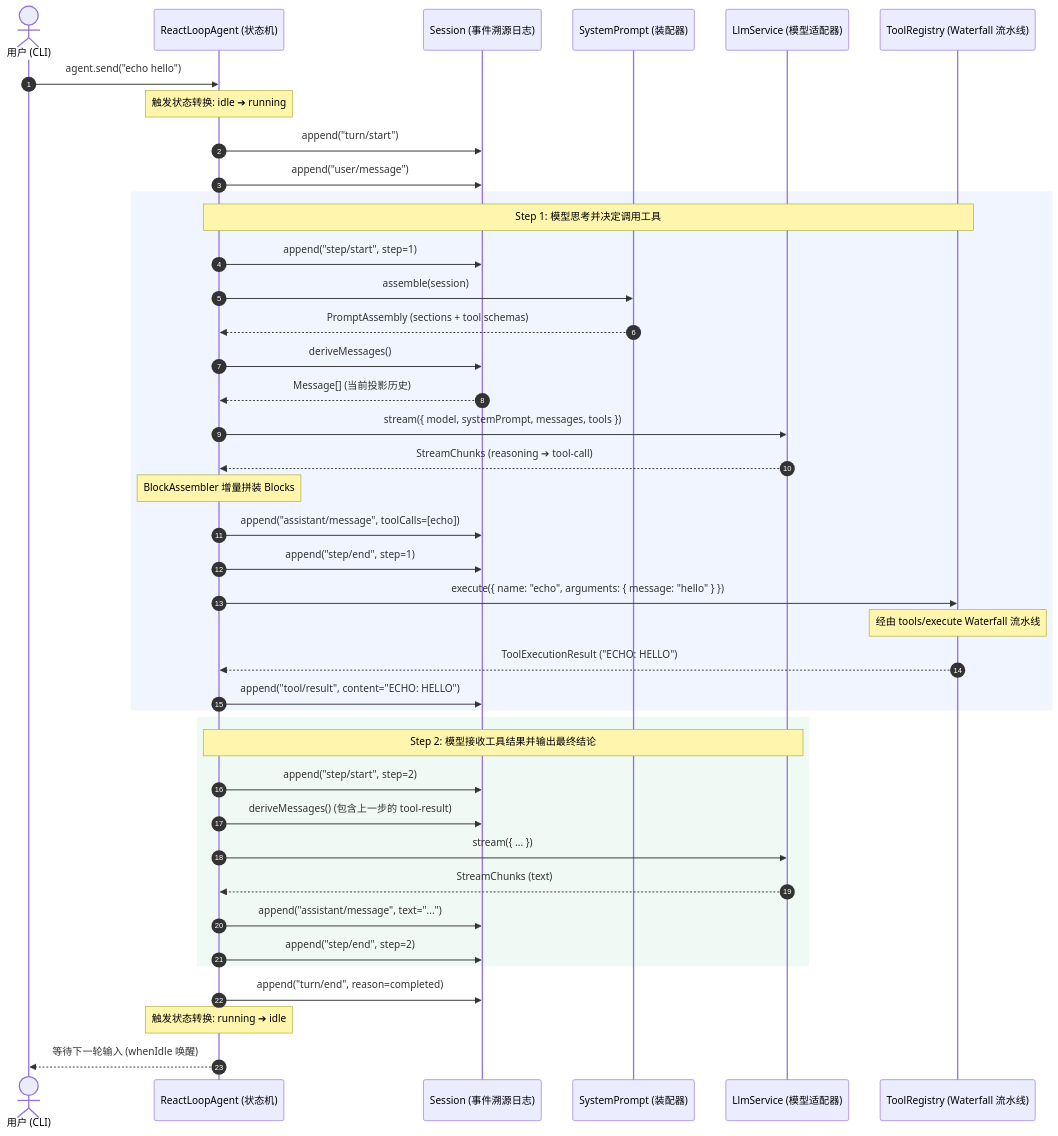
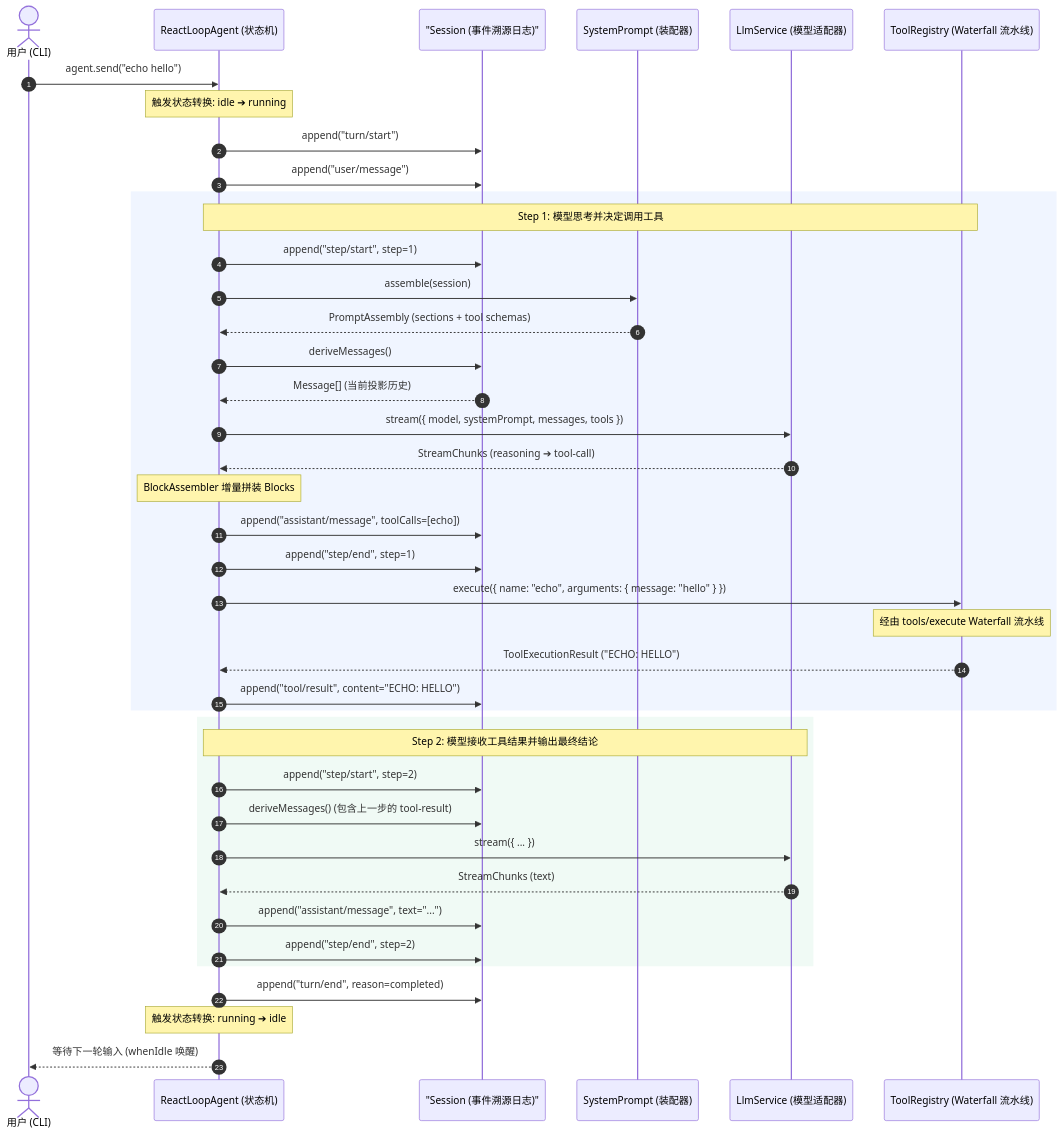
The diagram in docs/01-milestone1-echo-agent.md (wujingacross/mini-harness), drawn with Mermaid before and after one commit. The commit also changed other lines of this file and 5 other files, not shown here.

````diff
--- a/docs/01-milestone1-echo-agent.md
+++ b/docs/01-milestone1-echo-agent.md
@@ -48,48 +79,48 @@
 ```mermaid
 sequenceDiagram
     autonumber
     actor User as 用户 (CLI)
     participant Agent as ReactLoopAgent (状态机)
-    participant Session as Session (事件溯源日志)
+    participant Session as "Session (事件溯源日志)"
     participant Prompt as SystemPrompt (装配器)
     participant LLM as LlmService (模型适配器)
     participant Tools as ToolRegistry (Waterfall 流水线)
 
     User->>Agent: agent.send("echo hello")
     Note over Agent: 触发状态转换: idle ➔ running
     Agent->>Session: append("turn/start")
     Agent->>Session: append("user/message")
 
     rect rgb(240, 245, 255)
         Note over Agent,Tools: Step 1: 模型思考并决定调用工具
         Agent->>Session: append("step/start", step=1)
         Agent->>Prompt: assemble(session)
         Prompt-->>Agent: PromptAssembly (sections + tool schemas)
         Agent->>Session: deriveMessages()
         Session-->>Agent: Message[] (当前投影历史)
         Agent->>LLM: stream({ model, systemPrompt, messages, tools })
         LLM-->>Agent: StreamChunks (reasoning ➔ tool-call)
         Note over Agent: BlockAssembler 增量拼装 Blocks
         Agent->>Session: append("assistant/message", toolCalls=[echo])
         Agent->>Session: append("step/end", step=1)
         
         Agent->>Tools: execute({ name: "echo", arguments: { message: "hello" } })
         Note over Tools: 经由 tools/execute Waterfall 流水线
         Tools-->>Agent: ToolExecutionResult ("ECHO: HELLO")
         Agent->>Session: append("tool/result", content="ECHO: HELLO")
     end
 
     rect rgb(240, 250, 245)
         Note over Agent,LLM: Step 2: 模型接收工具结果并输出最终结论
         Agent->>Session: append("step/start", step=2)
         Agent->>Session: deriveMessages() (包含上一步的 tool-result)
         Agent->>LLM: stream({ ... })
         LLM-->>Agent: StreamChunks (text)
         Agent->>Session: append("assistant/message", text="...")
         Agent->>Session: append("step/end", step=2)
     end
 
     Agent->>Session: append("turn/end", reason=completed)
     Note over Agent: 触发状态转换: running ➔ idle
     Agent-->>User: 等待下一轮输入 (whenIdle 唤醒)
 ```
````
